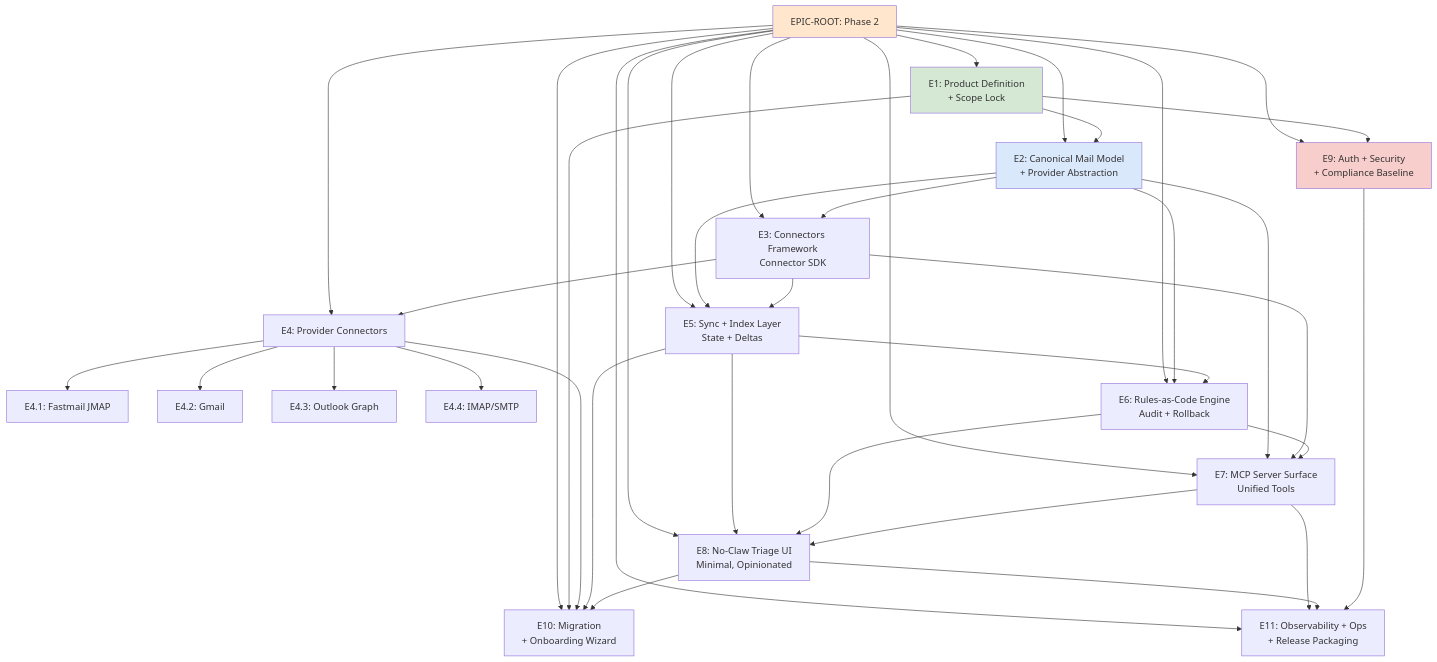
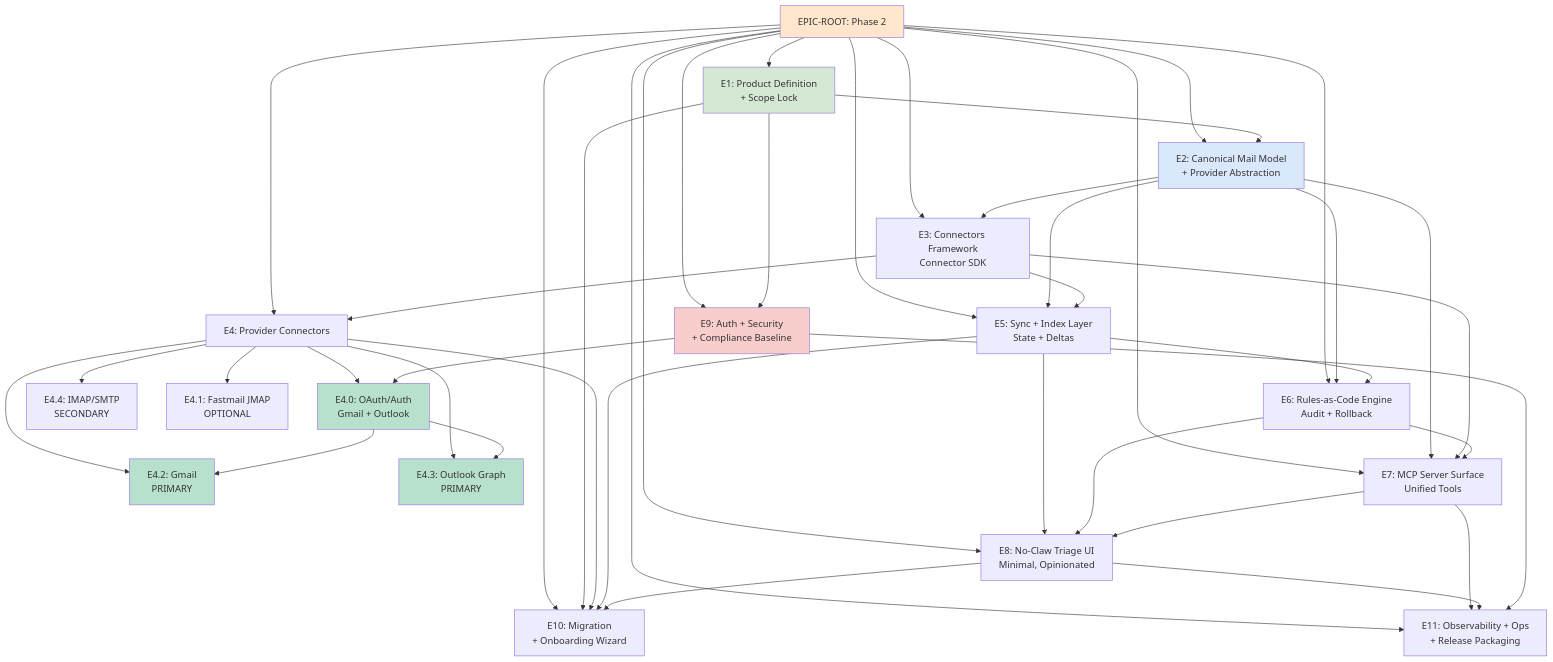
Before and after one commit to intent-solutions-io/intent-blueprint-docs: the diagram in completed-docs/intent-mail/000-docs/262-PP-RMAP-phase-2-epic-dependency-map.md, drawn with Mermaid. The commit also changed other lines of this file, not shown here.

First line of the commit message:
docs: update epic dependency map with Gmail/Outlook PRIMARY focus

````diff
--- a/completed-docs/intent-mail/000-docs/262-PP-RMAP-phase-2-epic-dependency-map.md
+++ b/completed-docs/intent-mail/000-docs/262-PP-RMAP-phase-2-epic-dependency-map.md
@@ -23,71 +24,80 @@
 ```mermaid
 graph TB
     ROOT[EPIC-ROOT: Phase 2]
 
     E1[E1: Product Definition<br/>+ Scope Lock]
     E2[E2: Canonical Mail Model<br/>+ Provider Abstraction]
     E3[E3: Connectors Framework<br/>Connector SDK]
     E4[E4: Provider Connectors]
-    E4_1[E4.1: Fastmail JMAP]
-    E4_2[E4.2: Gmail]
-    E4_3[E4.3: Outlook Graph]
-    E4_4[E4.4: IMAP/SMTP]
+    E4_0[E4.0: OAuth/Auth<br/>Gmail + Outlook]
+    E4_2[E4.2: Gmail<br/>PRIMARY]
+    E4_3[E4.3: Outlook Graph<br/>PRIMARY]
+    E4_4[E4.4: IMAP/SMTP<br/>SECONDARY]
+    E4_1[E4.1: Fastmail JMAP<br/>OPTIONAL]
     E5[E5: Sync + Index Layer<br/>State + Deltas]
     E6[E6: Rules-as-Code Engine<br/>Audit + Rollback]
     E7[E7: MCP Server Surface<br/>Unified Tools]
     E8[E8: No-Claw Triage UI<br/>Minimal, Opinionated]
     E9[E9: Auth + Security<br/>+ Compliance Baseline]
     E10[E10: Migration<br/>+ Onboarding Wizard]
     E11[E11: Observability + Ops<br/>+ Release Packaging]
 
     ROOT --> E1
     ROOT --> E2
     ROOT --> E3
     ROOT --> E4
     ROOT --> E5
     ROOT --> E6
     ROOT --> E7
     ROOT --> E8
     ROOT --> E9
     ROOT --> E10
     ROOT --> E11
 
     E1 --> E2
     E1 --> E9
     E1 --> E10
 
     E2 --> E3
     E2 --> E5
     E2 --> E6
     E2 --> E7
 
     E3 --> E4
     E3 --> E5
     E3 --> E7
 
-    E4 --> E4_1
+    E4 --> E4_0
     E4 --> E4_2
     E4 --> E4_3
     E4 --> E4_4
+    E4 --> E4_1
     E4 --> E10
+
+    E9 --> E4_0
+    E4_0 --> E4_2
+    E4_0 --> E4_3
 
     E5 --> E6
     E5 --> E8
     E5 --> E10
 
     E6 --> E8
     E6 --> E7
 
     E7 --> E8
     E7 --> E11
 
     E8 --> E10
     E8 --> E11
 
     E9 --> E11
 
     style ROOT fill:#FFE6CC
     style E1 fill:#D5E8D4
     style E2 fill:#DAE8FC
     style E9 fill:#F8CECC
+    style E4_0 fill:#B7E1CD
+    style E4_2 fill:#B7E1CD
+    style E4_3 fill:#B7E1CD
 ```
````
